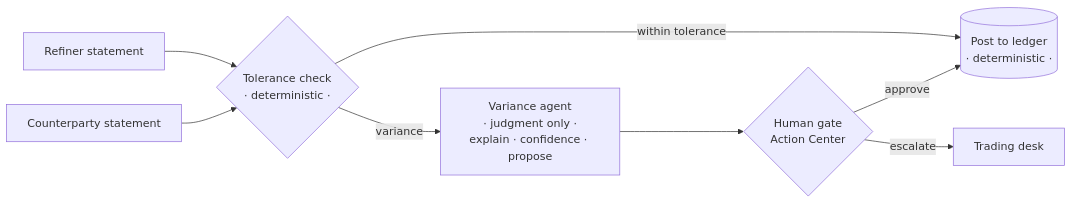
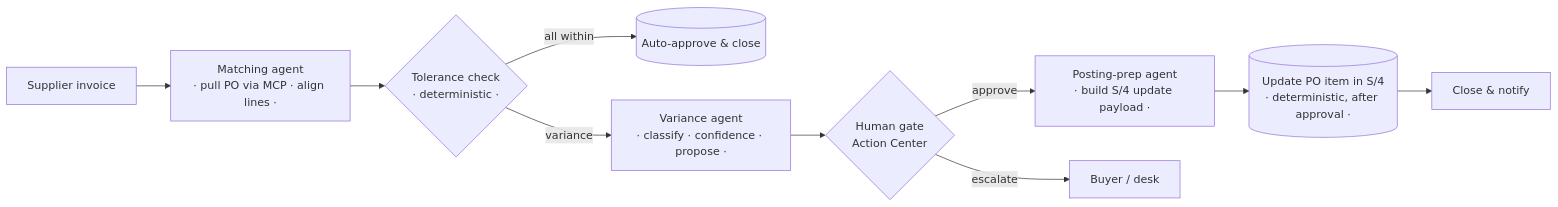
Before and after one commit to vigneshbarani24/exchange-recon-cockpit: the diagram in README.md, drawn with Mermaid. The commit also changed other lines of this file and 6 other files, not shown here.

````diff
--- a/README.md
+++ b/README.md
@@ -32,10 +47,12 @@
 ```mermaid
 flowchart LR
-    R[Refiner statement] --> T{Tolerance check<br/>· deterministic ·}
-    C[Counterparty statement] --> T
-    T -->|within tolerance| P[(Post to ledger<br/>· deterministic ·)]
-    T -->|variance| A[Variance agent<br/>· judgment only ·<br/>explain · confidence · propose]
-    A --> H{Human gate<br/>Action Center}
-    H -->|approve| P
-    H -->|escalate| D[Trading desk]
+    I[Supplier invoice] --> M[Matching agent<br/>· pull PO via MCP · align lines ·]
+    M --> T{Tolerance check<br/>· deterministic ·}
+    T -->|all within| OK[(Auto-approve & close)]
+    T -->|variance| V[Variance agent<br/>· classify · confidence · propose ·]
+    V --> H{Human gate<br/>Action Center}
+    H -->|approve| PP[Posting-prep agent<br/>· build S/4 update payload ·]
+    H -->|escalate| B[Buyer / desk]
+    PP --> W[(Update PO item in S/4<br/>· deterministic, after approval ·)]
+    W --> C[Close & notify]
 ```
````
